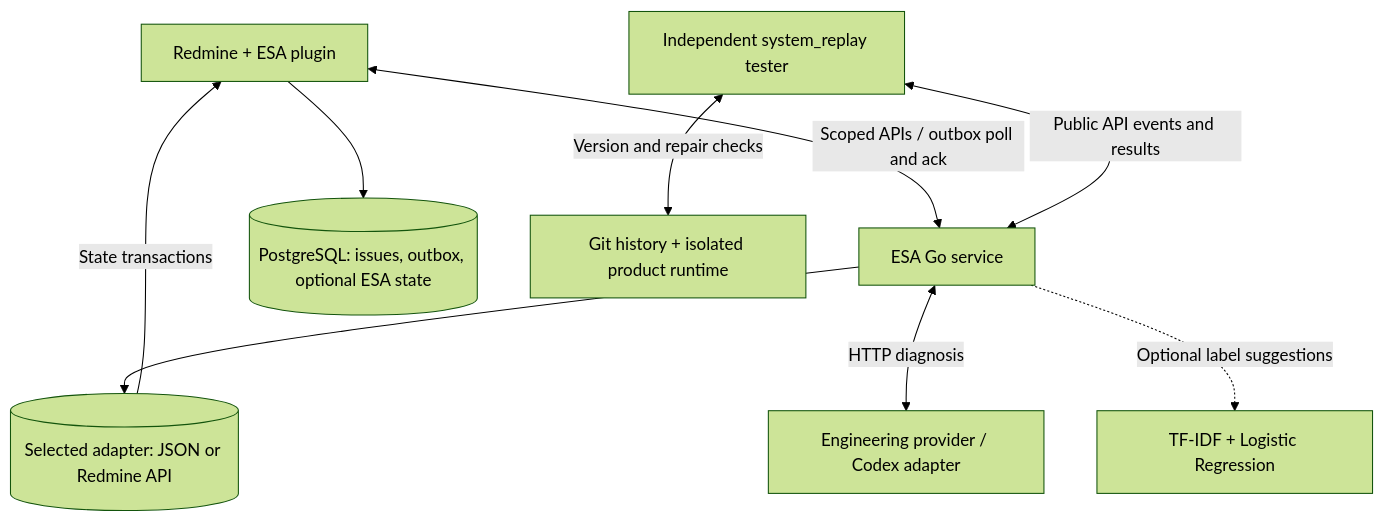
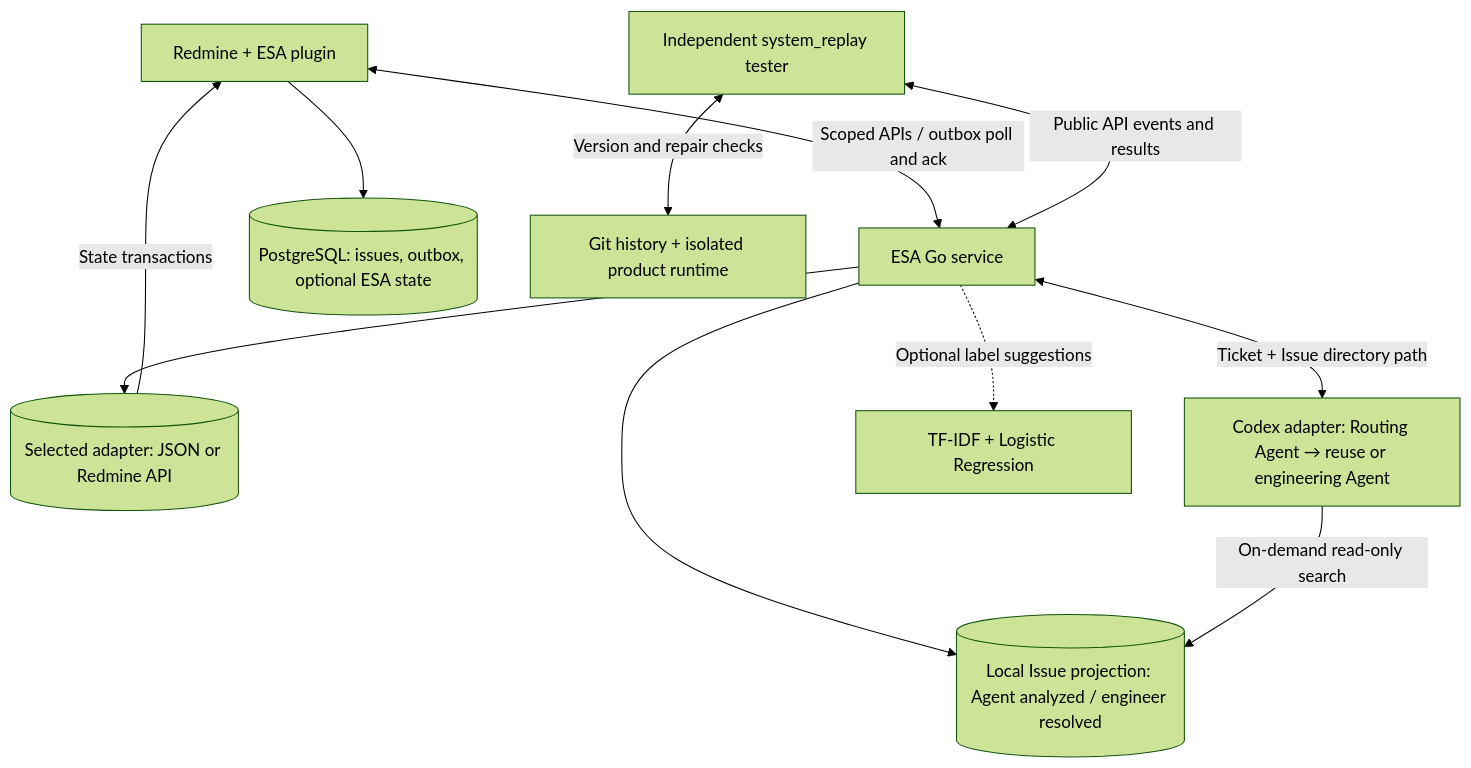
The diagram in README.md (SDUzbh/esa), drawn with Mermaid (forest theme) before and after one commit. The commit also changed other lines of this file and 58 other files, not shown here.

````diff
--- a/README.md
+++ b/README.md
@@ -26,11 +26,13 @@
 ```mermaid
 flowchart TD
     P["Redmine + ESA plugin"] <-->|Scoped APIs / outbox poll and ack| E["ESA Go service"]
     P --> D[("PostgreSQL: issues, outbox, optional ESA state")]
     E --> S[("Selected adapter: JSON or Redmine API")]
     S -->|State transactions| P
-    E <-->|HTTP diagnosis| A["Engineering provider / Codex adapter"]
+    E <-->|Ticket + Issue directory path| A["Codex adapter: Routing Agent → reuse or engineering Agent"]
+    E --> I[("Local Issue projection: Agent analyzed / engineer resolved")]
+    A -->|On-demand read-only search| I
     E -.->|Optional label suggestions| C["TF-IDF + Logistic Regression"]
     T["Independent system_replay tester"] <-->|Public API events and results| E
     T <-->|Version and repair checks| H["Git history + isolated product runtime"]
 ```
````
